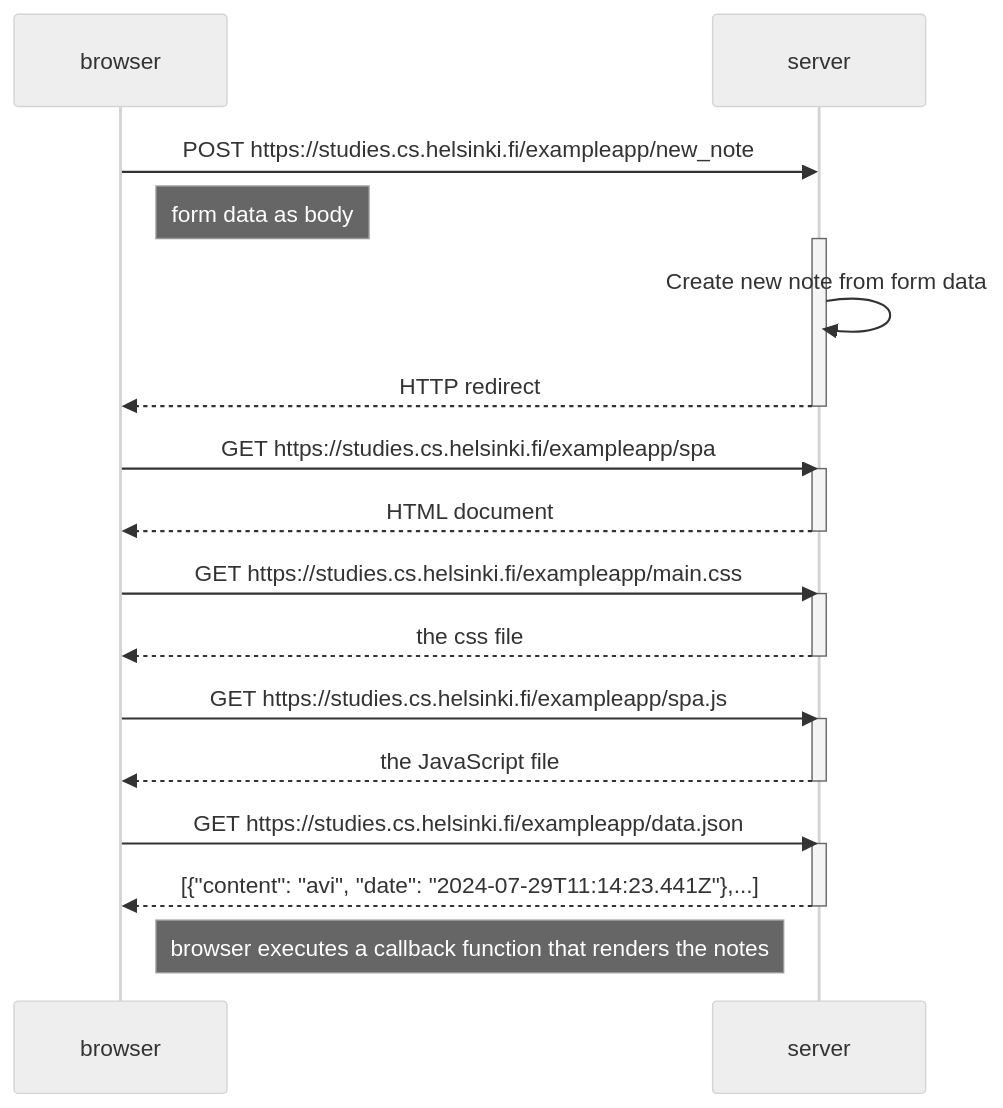
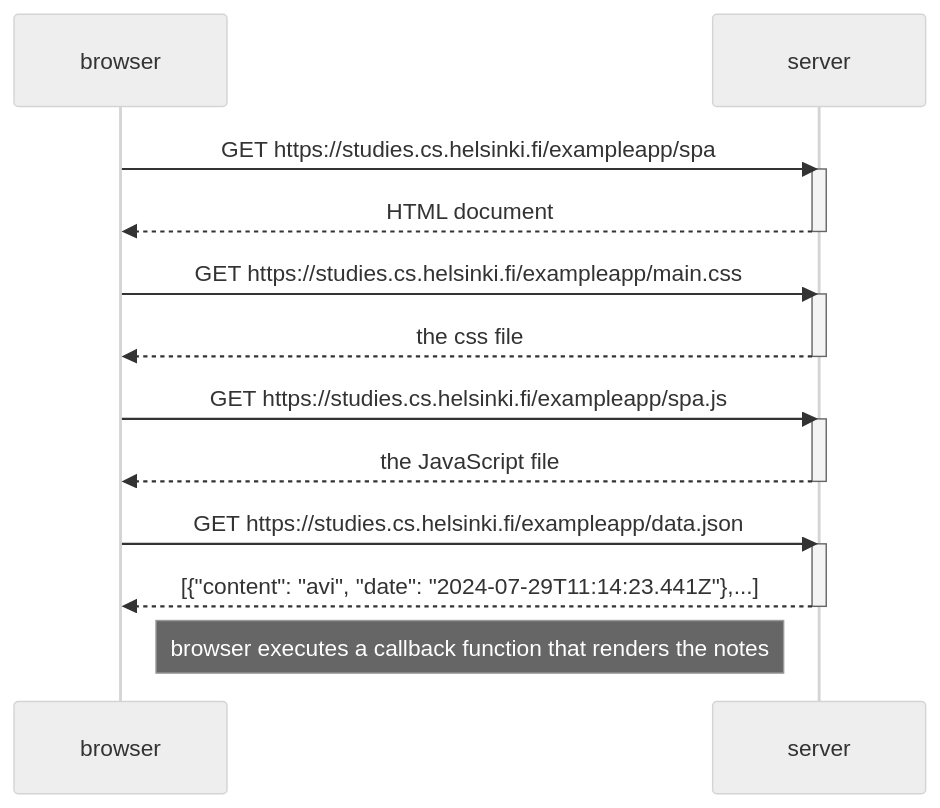
Before and after one commit to ArmotonPuppe/FullStackOpen: the diagram in part0/sequenceDiagram05.md, drawn with Mermaid (neutral theme). The commit also changed 1 other file, not shown here.

Commit message:
fixed diagram05 and created diagram06 sending notes with spa

````diff
--- a/part0/sequenceDiagram05.md
+++ b/part0/sequenceDiagram05.md
@@ -1,34 +1,27 @@
 ```mermaid
 sequenceDiagram
     participant browser
     participant server
-
-    browser->>server: POST https://studies.cs.helsinki.fi/exampleapp/new_note
-    note right of browser: form data as body
-    activate server
-    server->>server: Create new note from form data
-    server-->>browser: HTTP redirect
-    deactivate server
 
     browser->>server: GET https://studies.cs.helsinki.fi/exampleapp/spa
     activate server
     server-->>browser: HTML document
     deactivate server
 
     browser->>server: GET https://studies.cs.helsinki.fi/exampleapp/main.css
     activate server
     server-->>browser: the css file
     deactivate server
 
     browser->>server: GET https://studies.cs.helsinki.fi/exampleapp/spa.js
     activate server
     server-->>browser: the JavaScript file
     deactivate server
 
     browser->>server: GET https://studies.cs.helsinki.fi/exampleapp/data.json
     activate server
     server-->>browser: [{"content": "avi", "date": "2024-07-29T11:14:23.441Z"},...]
     deactivate server
     
     Note right of browser: browser executes a callback function that renders the notes
 ```
````
